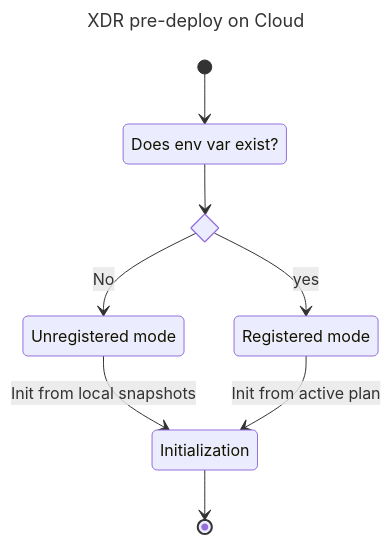
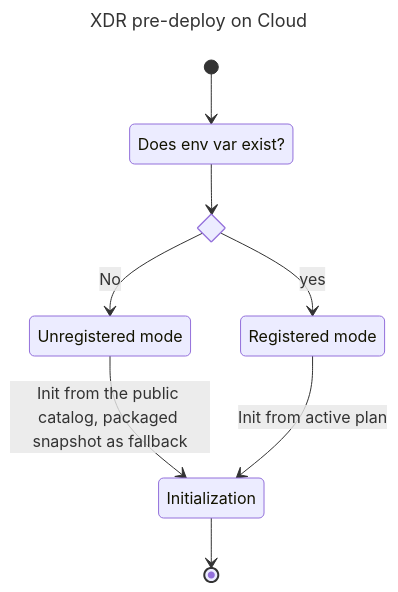
The first of 12 diagrams in docs/dev/plugins/content-manager.md (wazuh/wazuh-indexer-plugins), drawn with Mermaid before and after one commit. The commit also changed other lines of this file and 195 other files, not shown here.

````diff
--- a/docs/dev/plugins/content-manager.md
+++ b/docs/dev/plugins/content-manager.md
@@ -48,21 +48,21 @@
 ```mermaid
 ---
 title: XDR pre-deploy on Cloud
 ---
 stateDiagram-v2
     state if_state <<choice>>
     env_var_exists: Does env var exist?
     no_state: Unregistered mode
     yes_state: Registered mode
     initialization: Initialization
 
 
     [*] --> env_var_exists
     env_var_exists --> if_state
     if_state --> no_state: No
     if_state --> yes_state : yes
 
-    no_state --> initialization : Init from local snapshots
+    no_state --> initialization : Init from the public catalog, packaged snapshot as fallback
     yes_state --> initialization : Init from active plan
     initialization --> [*]
 ```
````
